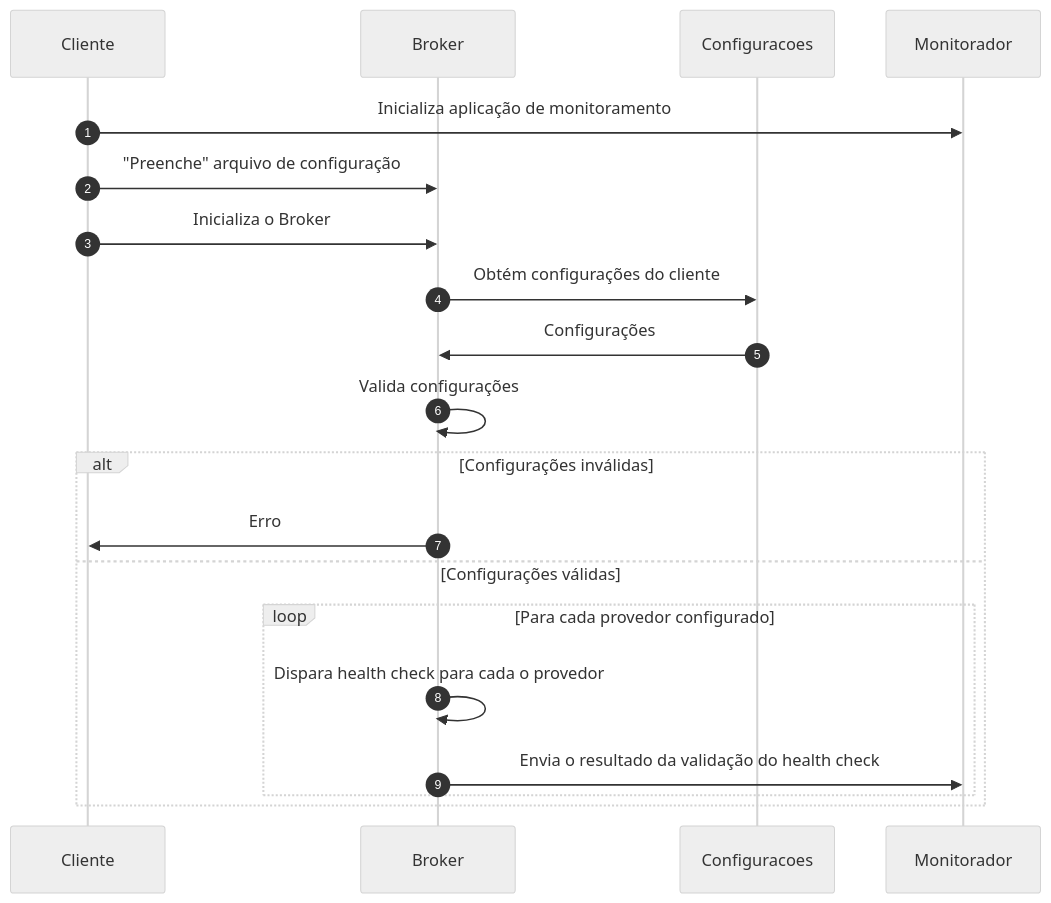
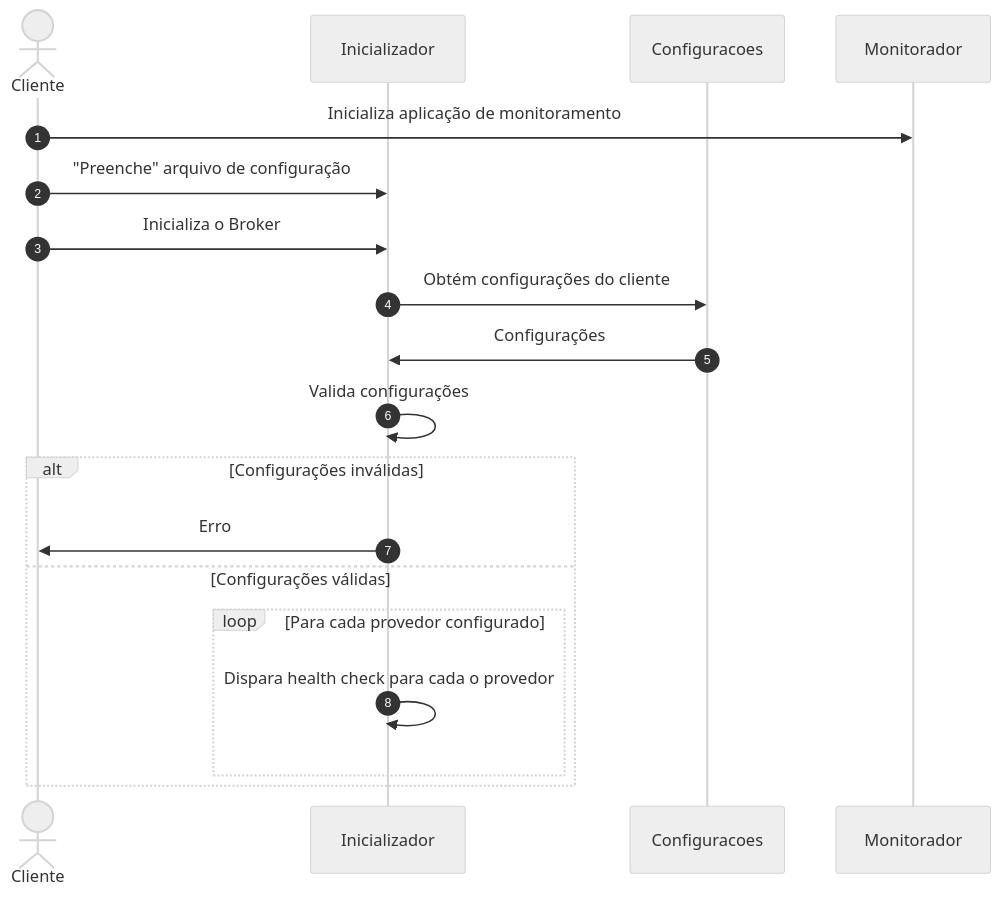
One commit to pedrofgd/api-rest-broker changed the diagram in Docs/tccii/diagramas/seq_inicializacao.mmd. Above: the diagram before and after it, drawn with Mermaid. The commit also changed 3 other files, not shown here.

Commit message:
Atualizar diagramas com a versão apresentada para a professora em 19/04/23

```diff
--- a/Docs/tccii/diagramas/seq_inicializacao.mmd
+++ b/Docs/tccii/diagramas/seq_inicializacao.mmd
@@ -1,23 +1,22 @@
 %%{init: {'theme': 'neutral'}}%%
 
 sequenceDiagram
-    participant Cliente
-    participant Broker
+    actor Cliente
+    participant Inicializador
     participant Configuracoes
     participant Monitorador
 
     autonumber
     Cliente->> Monitorador: Inicializa aplicação de monitoramento
-    Cliente->>Broker: "Preenche" arquivo de configuração
-    Cliente->>Broker: Inicializa o Broker
-    Broker->>Configuracoes: Obtém configurações do cliente
-    Configuracoes->>Broker: Configurações
-    Broker->>Broker: Valida configurações
+    Cliente->>Inicializador: "Preenche" arquivo de configuração
+    Cliente->>Inicializador: Inicializa o Broker
+    Inicializador->>Configuracoes: Obtém configurações do cliente
+    Configuracoes->>Inicializador: Configurações
+    Inicializador->>Inicializador: Valida configurações
     alt Configurações inválidas
-        Broker->>Cliente: Erro
+        Inicializador->>Cliente: Erro
     else Configurações válidas
         loop Para cada provedor configurado
-            Broker->>Broker: Dispara health check para cada o provedor
-            Broker->> Monitorador: Envia o resultado da validação do health check
+            Inicializador->>Inicializador: Dispara health check para cada o provedor
         end
     end
```
